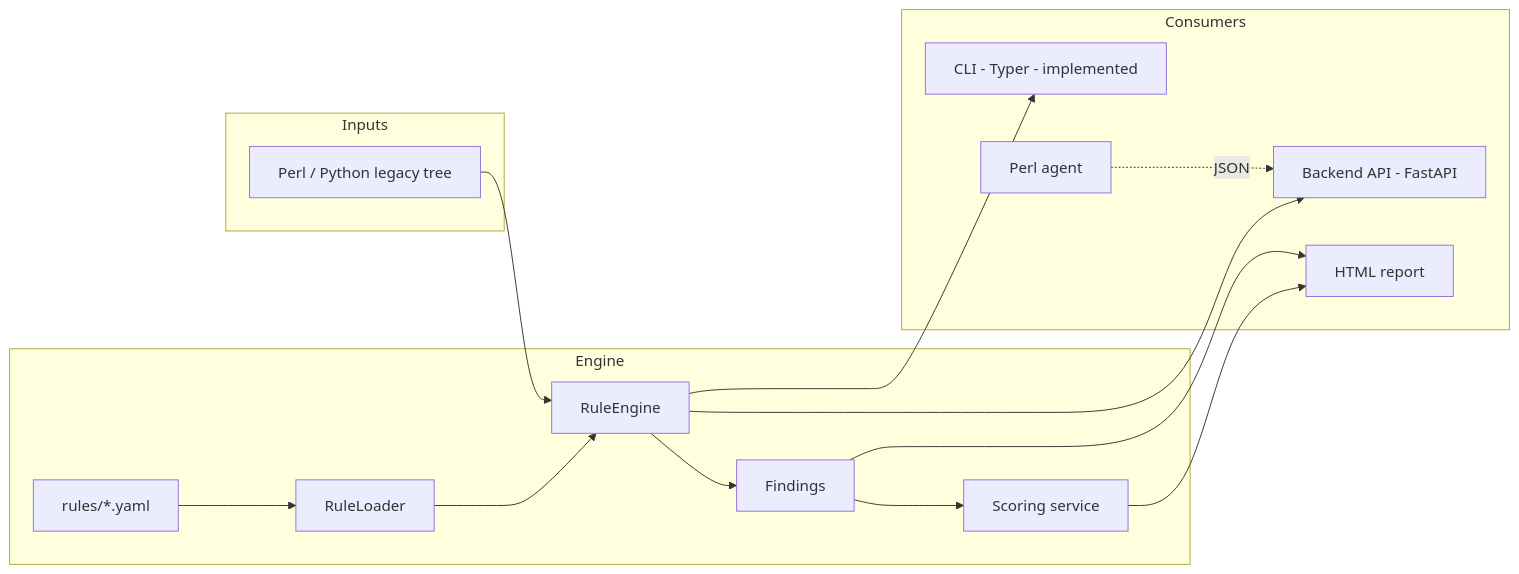
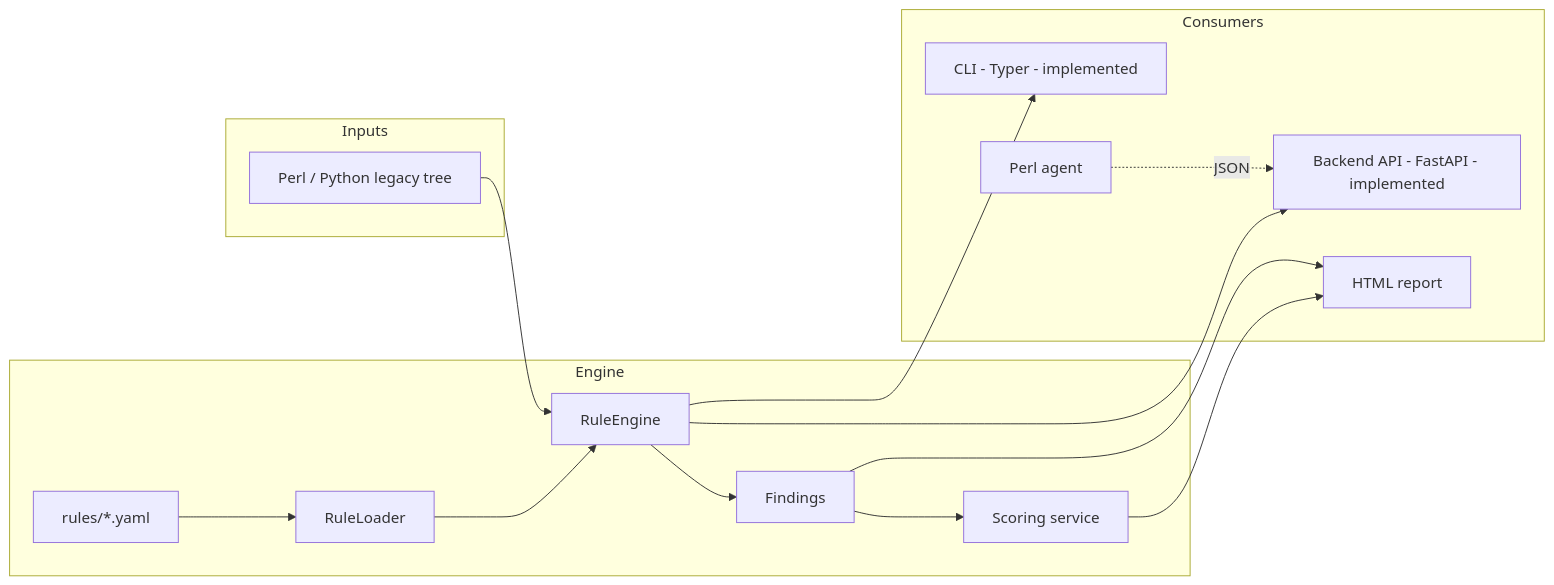
Before and after one commit to ShHaWkK/AegisLegacy: the diagram in README.md, drawn with Mermaid. The commit also changed other lines of this file and 34 other files, not shown here.

Commit message:
Implement core backend API and standalone Perl agent

````diff
--- a/README.md
+++ b/README.md
@@ -29,24 +29,24 @@
 ```mermaid
 flowchart LR
     subgraph Inputs
         A[Perl / Python legacy tree]
     end
     subgraph Engine
         R[rules/*.yaml] --> L[RuleLoader]
         L --> E[RuleEngine]
         A --> E
         E --> F[Findings]
         F --> S[Scoring service]
     end
     subgraph Consumers
         CLI[CLI - Typer - implemented]
-        API[Backend API - FastAPI]
+        API[Backend API - FastAPI - implemented]
         Agent[Perl agent]
         Report[HTML report]
     end
     E --> CLI
     E --> API
     Agent -. JSON .-> API
     S --> Report
     F --> Report
 ```
````
